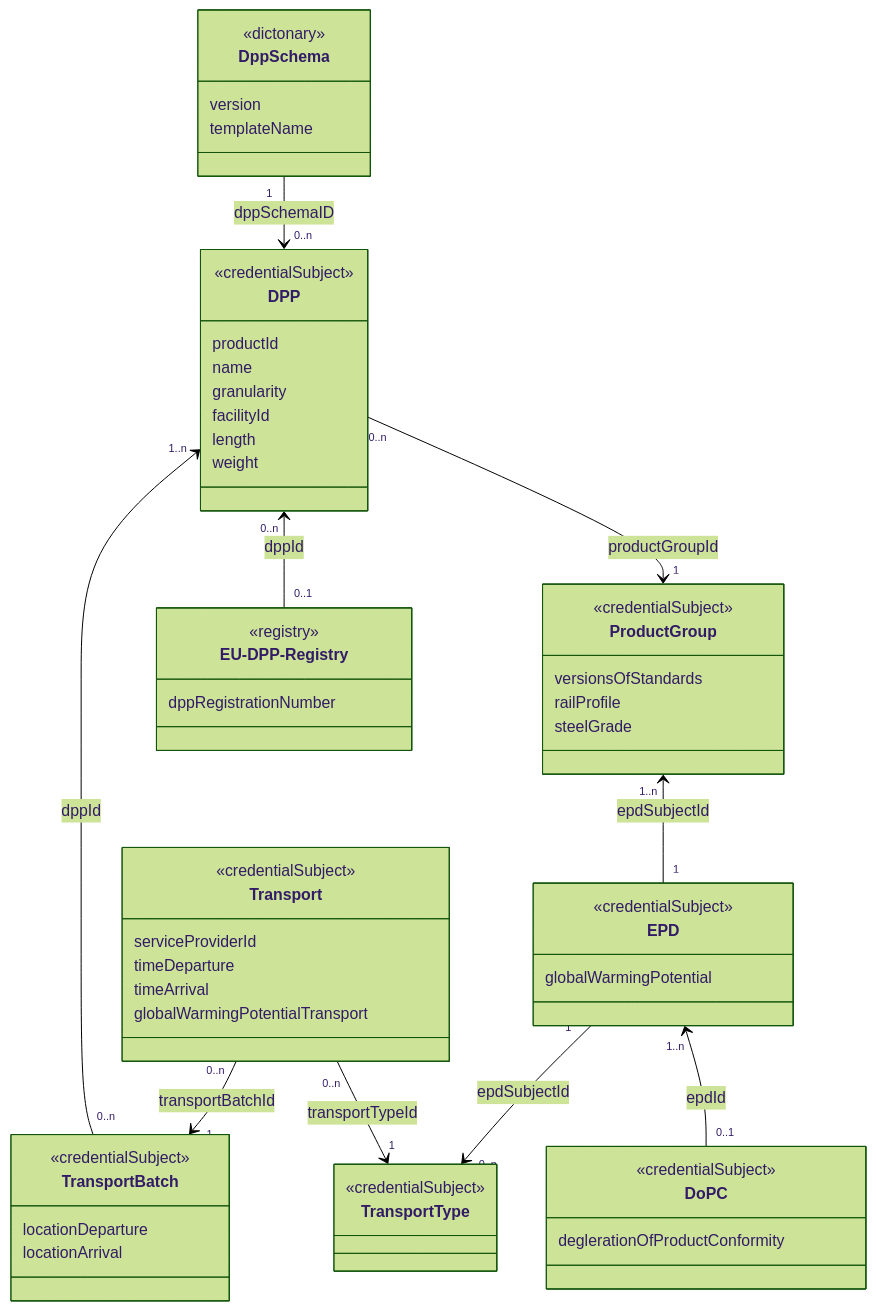
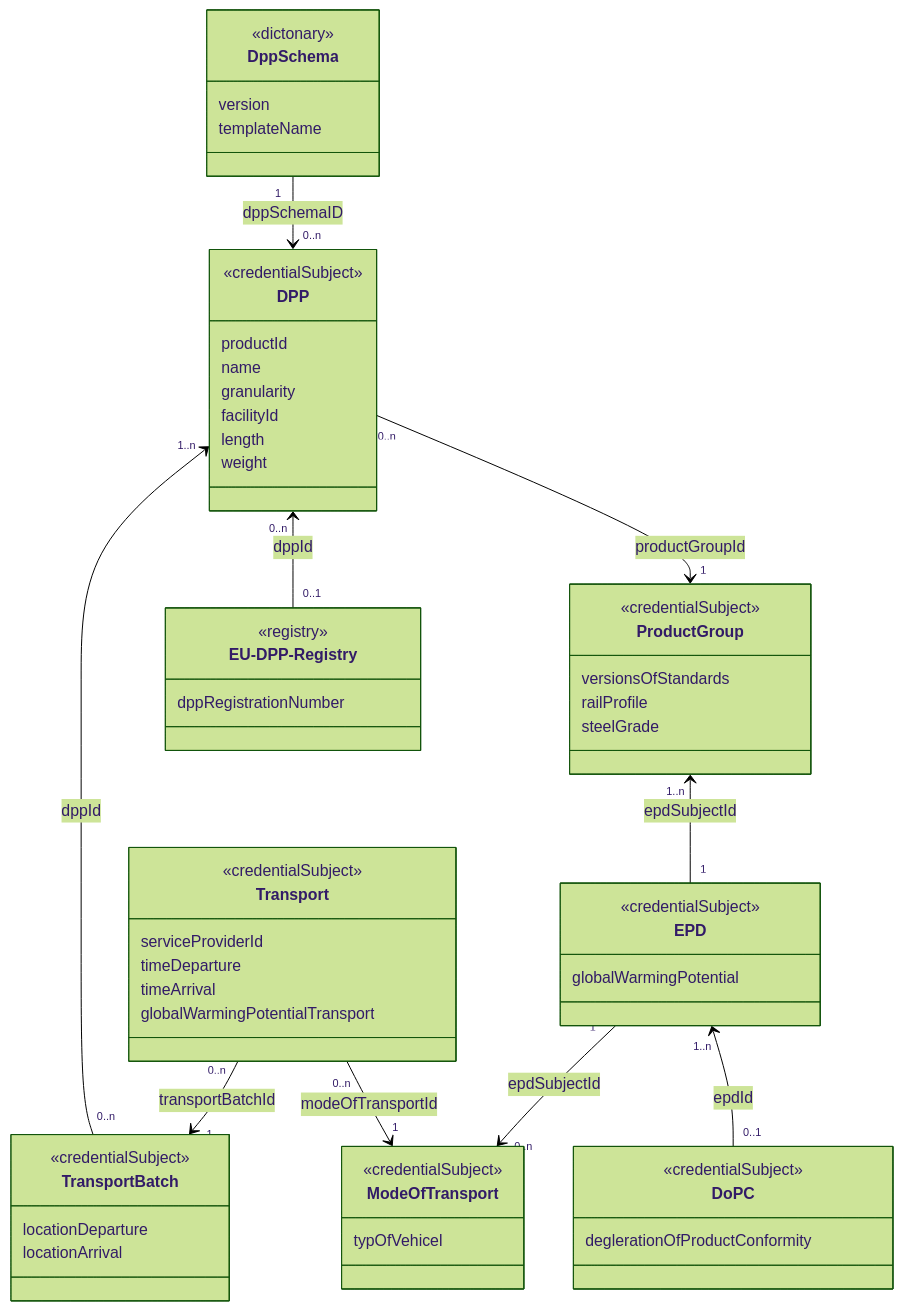
The diagram in docs/rdpp/v0.1/class-diagram.mermaid (railway-dpp/vocabulary), drawn with Mermaid (forest theme) before and after one commit. The commit also changed 8 other files, not shown here.

```diff
--- a/docs/rdpp/v0.1/class-diagram.mermaid
+++ b/docs/rdpp/v0.1/class-diagram.mermaid
@@ -1,66 +1,67 @@
 classDiagram
     class ProductGroup {
         <<credentialSubject>>
         versionsOfStandards
         railProfile
         steelGrade
     }
 
     class Transport {
         <<credentialSubject>>
         serviceProviderId
         timeDeparture
         timeArrival
         globalWarmingPotentialTransport
     }
 
     class TransportBatch {
         <<credentialSubject>>
         locationDeparture
         locationArrival
     }
 
     class DPP {
         <<credentialSubject>>
         productId
         name
         granularity
         facilityId
         length
         weight
     }
 
     class EU-DPP-Registry {
         <<registry>>
         dppRegistrationNumber
     }
 
     class DppSchema {
         <<dictonary>>
         version
         templateName
     }
     class DoPC {
         <<credentialSubject>>
         deglerationOfProductConformity
     }
 
     class EPD {
         <<credentialSubject>>
         globalWarmingPotential
     }
 
-    class TransportType {
+    class ModeOfTransport {
         <<credentialSubject>>
+       typOfVehicel       
 
     }
 
-    EPD "1" --> "0..n" TransportType: epdSubjectId
-    Transport "0..n" --> "1" TransportType: transportTypeId
+    EPD "1" --> "0..n" ModeOfTransport: epdSubjectId
+    Transport "0..n" --> "1" ModeOfTransport: modeOfTransportId
     Transport "0..n" --> "1" TransportBatch: transportBatchId
     DPP "1..n" <-- "0..n" TransportBatch: dppId
     DPP "0..n" <-- "0..1" EU-DPP-Registry: dppId
     DPP "0..n" --> "1" ProductGroup: productGroupId
     ProductGroup "1..n" <-- "1" EPD: epdSubjectId
     EPD "1..n" <-- "0..1" DoPC: epdId
     DppSchema "1" --> "0..n" DPP: dppSchemaID
```
